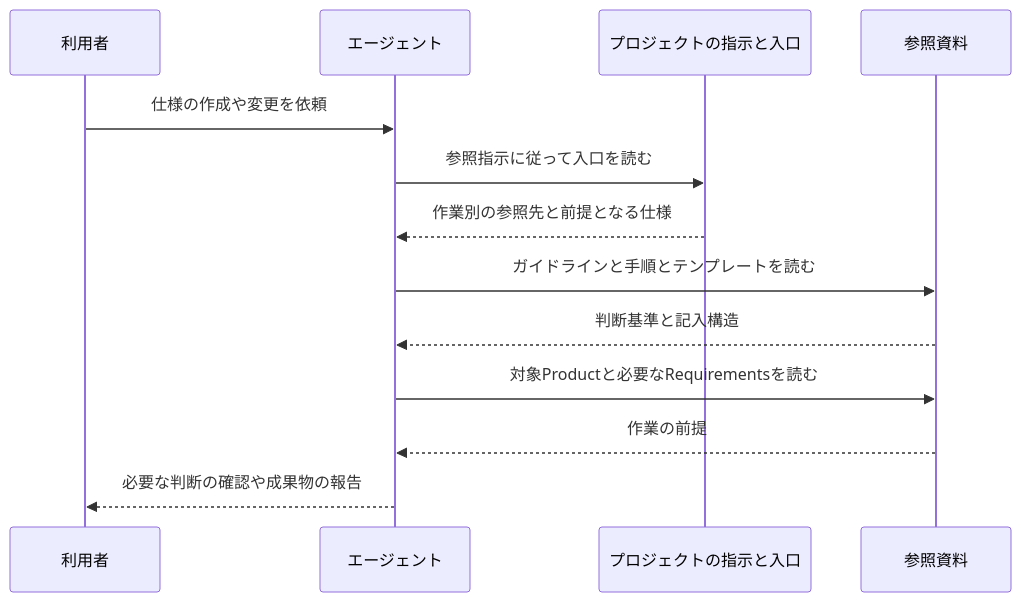
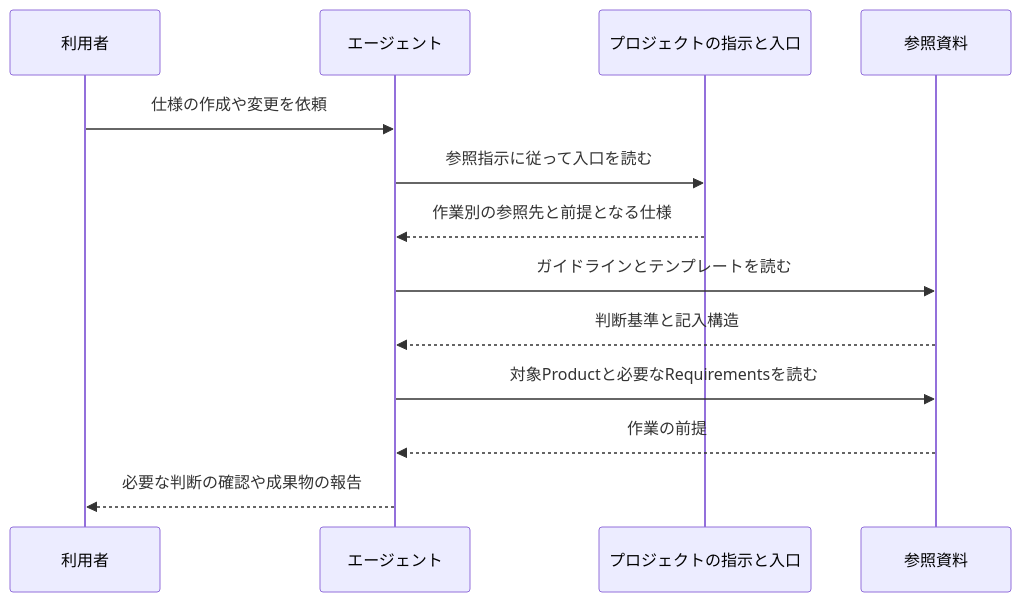
One commit to azu/sdev changed the diagram in docs/products/sdev/features/guideline-reference/design.md. Above: the diagram before and after it, drawn with Mermaid. The commit also changed other lines of this file and 12 other files, not shown here.

````diff
--- a/docs/products/sdev/features/guideline-reference/design.md
+++ b/docs/products/sdev/features/guideline-reference/design.md
@@ -50,15 +49,15 @@
 ```mermaid
 sequenceDiagram
     participant U as 利用者
     participant A as エージェント
     participant I as プロジェクトの指示と入口
     participant D as 参照資料
     U->>A: 仕様の作成や変更を依頼
     A->>I: 参照指示に従って入口を読む
     I-->>A: 作業別の参照先と前提となる仕様
-    A->>D: ガイドラインと手順とテンプレートを読む
+    A->>D: ガイドラインとテンプレートを読む
     D-->>A: 判断基準と記入構造
     A->>D: 対象Productと必要なRequirementsを読む
     D-->>A: 作業の前提
     A-->>U: 必要な判断の確認や成果物の報告
 ```
````
